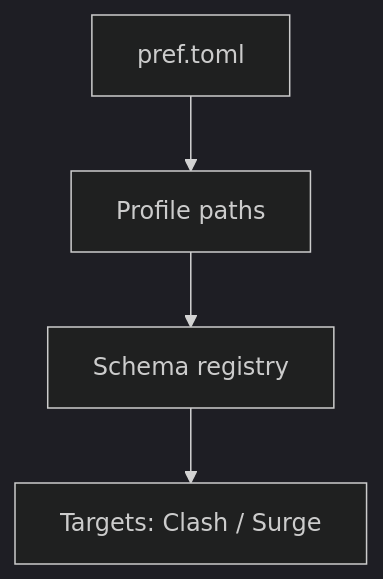
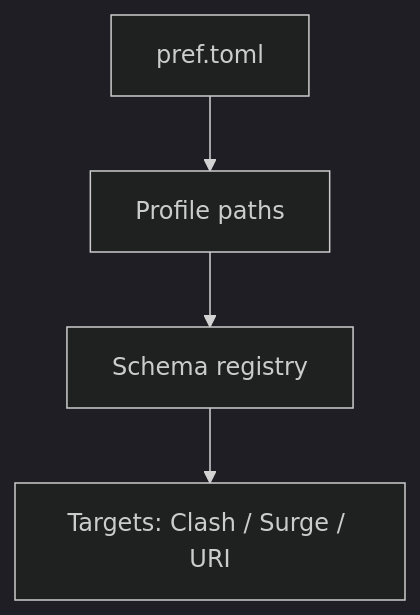
The diagram in docs/configuration/index.md (YooLc/subcon), drawn with Mermaid (dark theme) before and after one commit. The commit also changed other lines of this file and 22 other files, not shown here.

````diff
--- a/docs/configuration/index.md
+++ b/docs/configuration/index.md
@@ -11,6 +11,6 @@
 ``` mermaid
 graph TD
   A[pref.toml] --> B[Profile paths]
   B --> C[Schema registry]
-  C --> D[Targets: Clash / Surge]
+  C --> D[Targets: Clash / Surge / URI]
 ```
````
